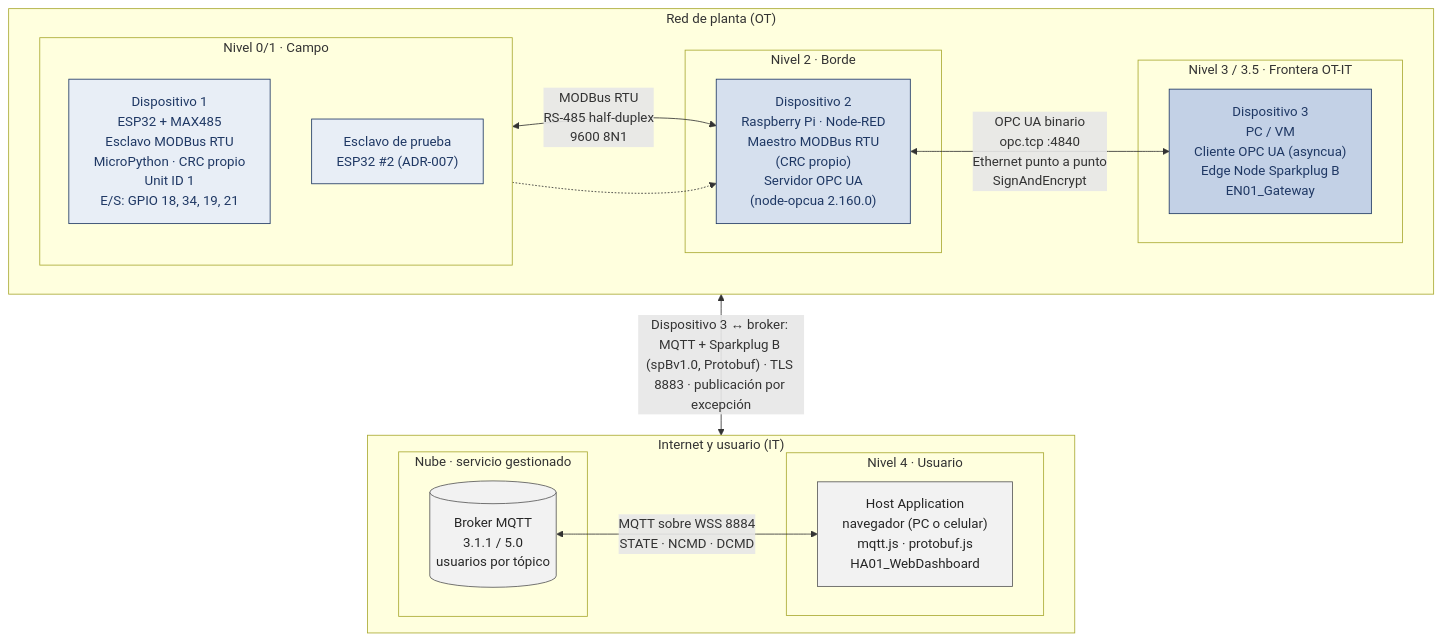
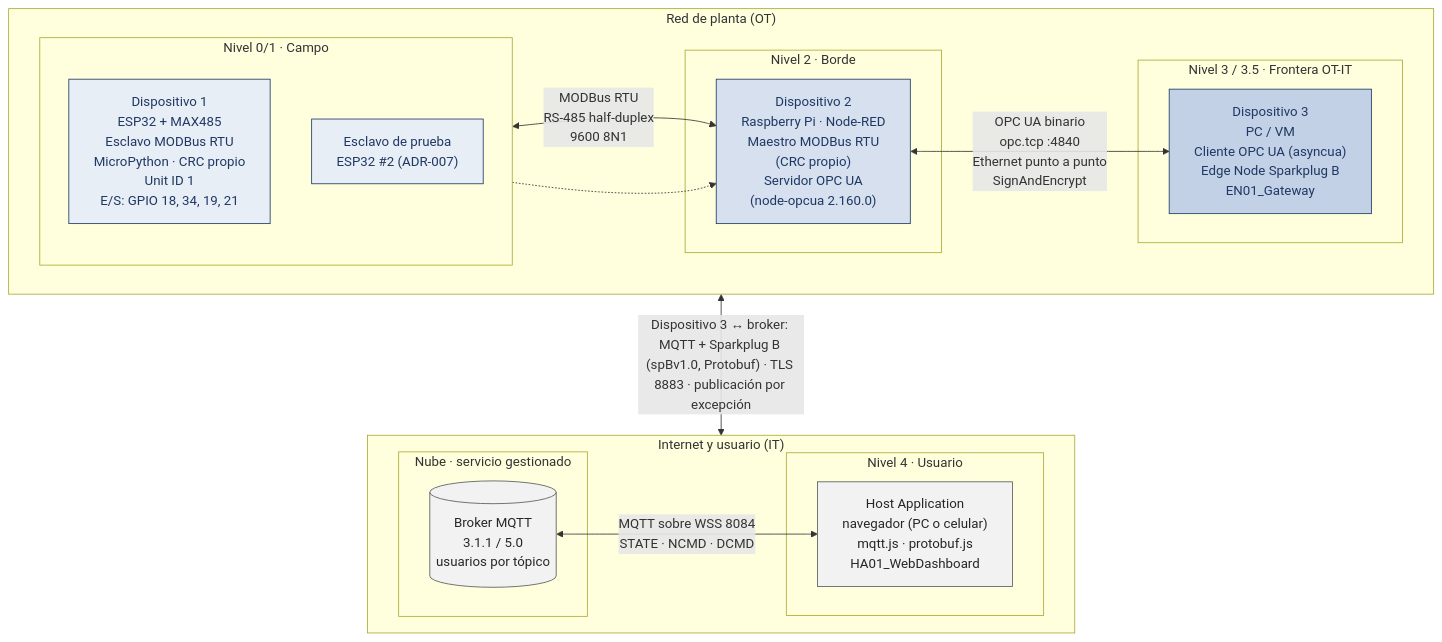
One commit to bevilacquafrancisco/protocolos-comunicaciones-industriales changed the diagram in tarea-3/docs/diagramas/arquitectura-general.mmd. Above: the diagram before and after it, drawn with Mermaid. The commit also changed 17 other files, not shown here.

```diff
--- a/tarea-3/docs/diagramas/arquitectura-general.mmd
+++ b/tarea-3/docs/diagramas/arquitectura-general.mmd
@@ -1,46 +1,46 @@
 %% arquitectura-general.mmd — Tarea 3 · cuatro capas, cuatro dispositivos, protocolos y medios
 %% Fuente única: docs/diccionario-de-datos.md · Decisiones: docs/decisiones-adr.md
 %% Niveles según el modelo Purdue / ISA-95 (IEC 62264-1).
 %% Trazado en dos filas: arriba la red OT (niveles 0 a 3), abajo el tramo IT (internet y usuario).
 %% La flecha entre filas une los subgrafos y no los nodos: así Mermaid respeta la dirección LR
 %% de cada fila (si un nodo interno se enlaza afuera, la dirección del subgrafo se ignora).
 flowchart TB
     subgraph OT["Red de planta (OT)"]
         direction LR
         subgraph N1["Nivel 0/1 · Campo"]
             direction TB
             D1["Dispositivo 1<br/>ESP32 + MAX485<br/>Esclavo MODBus RTU<br/>MicroPython · CRC propio<br/>Unit ID 1<br/>E/S: GPIO 18, 34, 19, 21"]
             D1P["Esclavo de prueba<br/>ESP32 #2 (ADR-007)"]
         end
         subgraph N2["Nivel 2 · Borde"]
             D2["Dispositivo 2<br/>Raspberry Pi · Node-RED<br/>Maestro MODBus RTU<br/>(CRC propio)<br/>Servidor OPC UA<br/>(node-opcua 2.160.0)"]
         end
         subgraph N3["Nivel 3 / 3.5 · Frontera OT-IT"]
             D3["Dispositivo 3<br/>PC / VM<br/>Cliente OPC UA (asyncua)<br/>Edge Node Sparkplug B<br/>EN01_Gateway"]
         end
         D1 <-->|"MODBus RTU<br/>RS-485 half-duplex<br/>9600 8N1"| D2
         D1P -.-> D2
         D2 <-->|"OPC UA binario<br/>opc.tcp :4840<br/>Ethernet punto a punto<br/>SignAndEncrypt"| D3
     end
 
     subgraph IT["Internet y usuario (IT)"]
         direction LR
         subgraph NUBE["Nube · servicio gestionado"]
             BR[("Broker MQTT<br/>3.1.1 / 5.0<br/>usuarios por tópico")]
         end
         subgraph N4["Nivel 4 · Usuario"]
             HA["Host Application<br/>navegador (PC o celular)<br/>mqtt.js · protobuf.js<br/>HA01_WebDashboard"]
         end
-        BR <-->|"MQTT sobre WSS 8884<br/>STATE · NCMD · DCMD"| HA
+        BR <-->|"MQTT sobre WSS 8084<br/>STATE · NCMD · DCMD"| HA
     end
 
     OT <-->|"Dispositivo 3 ↔ broker: MQTT + Sparkplug B (spBv1.0, Protobuf) · TLS 8883 · publicación por excepción"| IT
 
     classDef campo fill:#e8eef6,stroke:#1f3864,color:#1f3864
     classDef borde fill:#d6e0ee,stroke:#1f3864,color:#1f3864
     classDef ops fill:#c3d1e6,stroke:#1f3864,color:#1f3864
     classDef nube fill:#f2f2f2,stroke:#595959,color:#262626
     class D1,D1P campo
     class D2 borde
     class D3 ops
     class BR,HA nube
```
